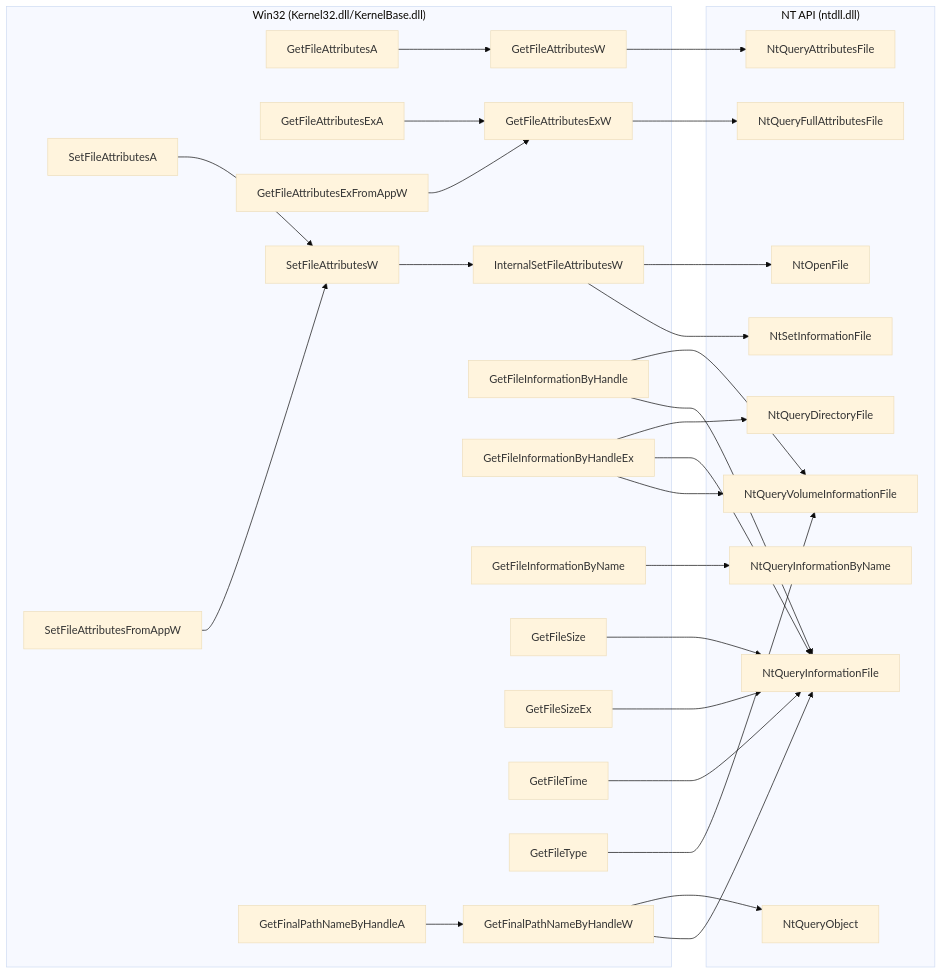
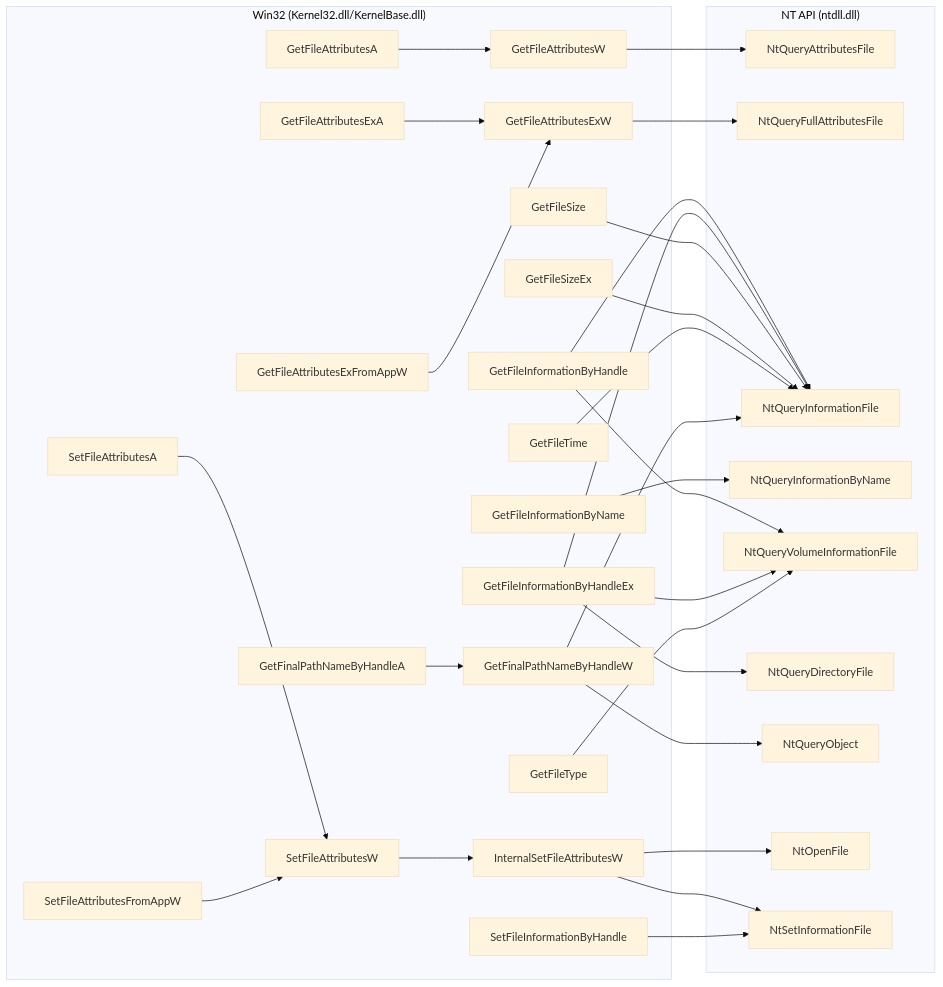
Before and after one commit to Sewer56/vfs-writeup: the fifth of 10 diagrams in docs/index.md, drawn with Mermaid (base theme).

Commit message:
Added: SetFileInformationByHandle

````diff
--- a/docs/index.md
+++ b/docs/index.md
@@ -406,59 +406,62 @@
 ```mermaid
 flowchart LR
     subgraph Win32["Win32 (Kernel32.dll/KernelBase.dll)"]
     GetFileAttributesA
     GetFileAttributesExA
     GetFileAttributesExFromAppW
     GetFileAttributesExW
     GetFileAttributesW
     SetFileAttributesA
     SetFileAttributesFromAppW
     SetFileAttributesW
     InternalSetFileAttributesW
     GetFileInformationByHandle
     GetFileInformationByHandleEx
+    SetFileInformationByHandle
     GetFileInformationByName
     GetFileSize
     GetFileSizeEx
     GetFileTime
     GetFileType
     GetFinalPathNameByHandleA
     GetFinalPathNameByHandleW
 
     GetFileAttributesA --> GetFileAttributesW
     GetFileAttributesExA --> GetFileAttributesExW
     GetFileAttributesExFromAppW --> GetFileAttributesExW
     SetFileAttributesA --> SetFileAttributesW
     SetFileAttributesFromAppW --> SetFileAttributesW
     SetFileAttributesW --> InternalSetFileAttributesW
     GetFinalPathNameByHandleA --> GetFinalPathNameByHandleW
     end
 
     subgraph NT["NT API (ntdll.dll)"]
     NtQueryAttributesFile
     NtQueryFullAttributesFile
     NtQueryInformationFile
     NtQueryInformationByName
     NtQueryVolumeInformationFile
     NtQueryDirectoryFile
     NtQueryObject
     NtOpenFile
+    NtSetInformationFile
 
     GetFileAttributesExW --> NtQueryFullAttributesFile
     GetFileAttributesW --> NtQueryAttributesFile
     InternalSetFileAttributesW --> NtOpenFile
     InternalSetFileAttributesW --> NtSetInformationFile
     GetFileInformationByHandle --> NtQueryVolumeInformationFile
     GetFileInformationByHandle --> NtQueryInformationFile
     GetFileInformationByHandleEx --> NtQueryDirectoryFile
     GetFileInformationByHandleEx --> NtQueryInformationFile
     GetFileInformationByHandleEx --> NtQueryVolumeInformationFile
     GetFileInformationByName --> NtQueryInformationByName
     GetFileSize --> NtQueryInformationFile
     GetFileSizeEx --> NtQueryInformationFile
     GetFileTime --> NtQueryInformationFile
     GetFileType --> NtQueryVolumeInformationFile
     GetFinalPathNameByHandleW --> NtQueryObject
     GetFinalPathNameByHandleW --> NtQueryInformationFile
+    SetFileInformationByHandle --> NtSetInformationFile
     end
 ```
````
